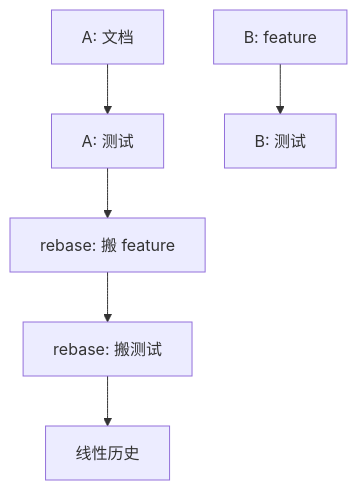
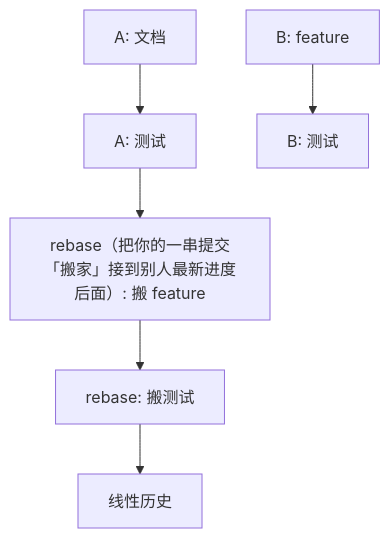
Before and after one commit to qian-le/video-shelf: the second of 3 diagrams in 软件仓库管理 (2) [04-Raw／26生成式软件工程／NJU]/book.md, drawn with Mermaid. The commit also changed other lines of this file and 3 other files, not shown here.

````diff
--- a/软件仓库管理 (2) [04-Raw／26生成式软件工程／NJU]/book.md
+++ b/软件仓库管理 (2) [04-Raw／26生成式软件工程／NJU]/book.md
@@ -150,8 +148,8 @@
 ```mermaid
 graph TD
     A0["A: 文档"] --> A1["A: 测试"]
     B0["B: feature"] --> B1["B: 测试"]
-    A1 --> R1["rebase: 搬 feature"]
+    A1 --> R1["rebase（把你的一串提交「搬家」接到别人最新进度后面）: 搬 feature"]
     R1 --> R2["rebase: 搬测试"]
     R2 --> L["线性历史"]
 ```
````
